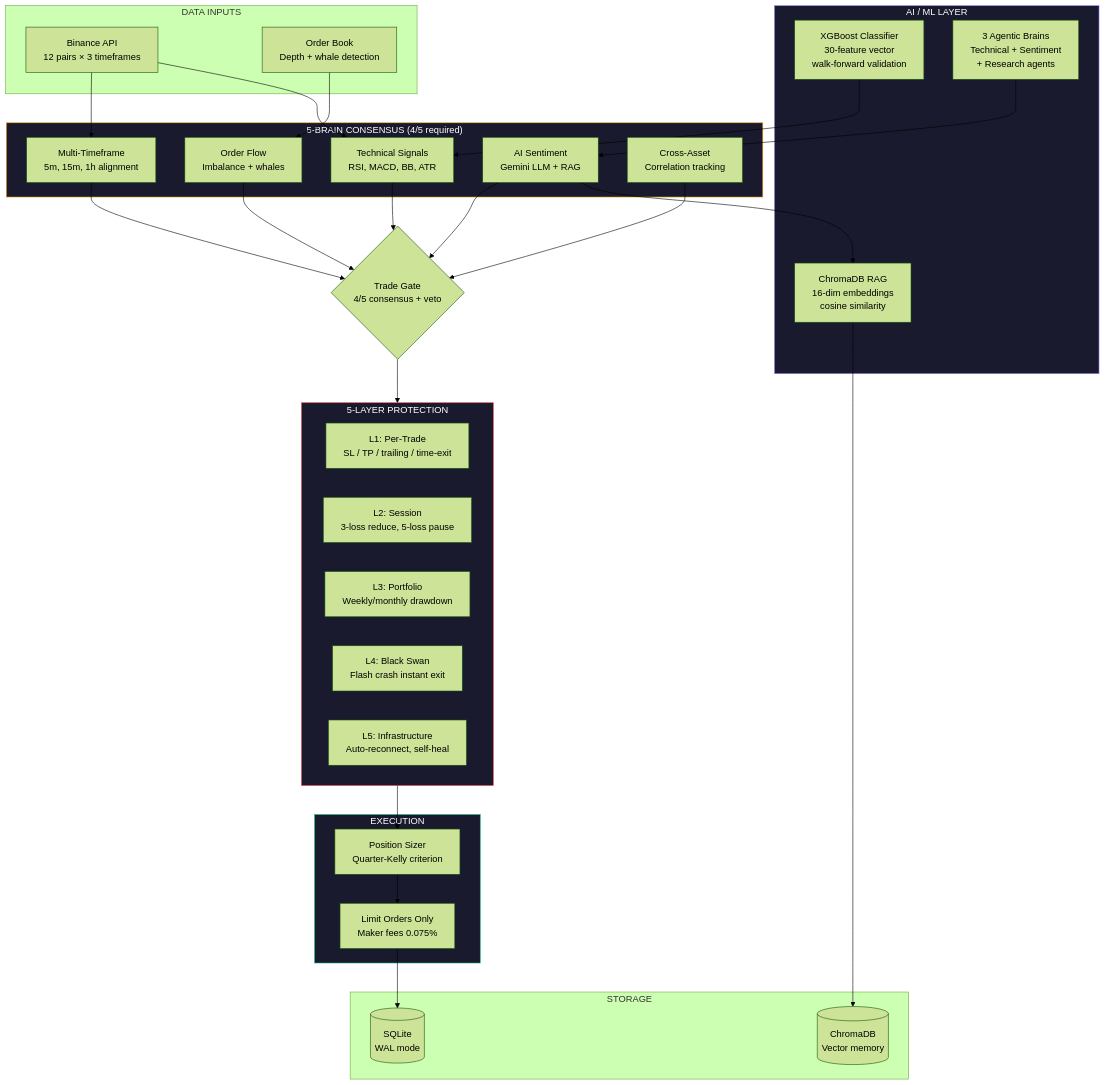
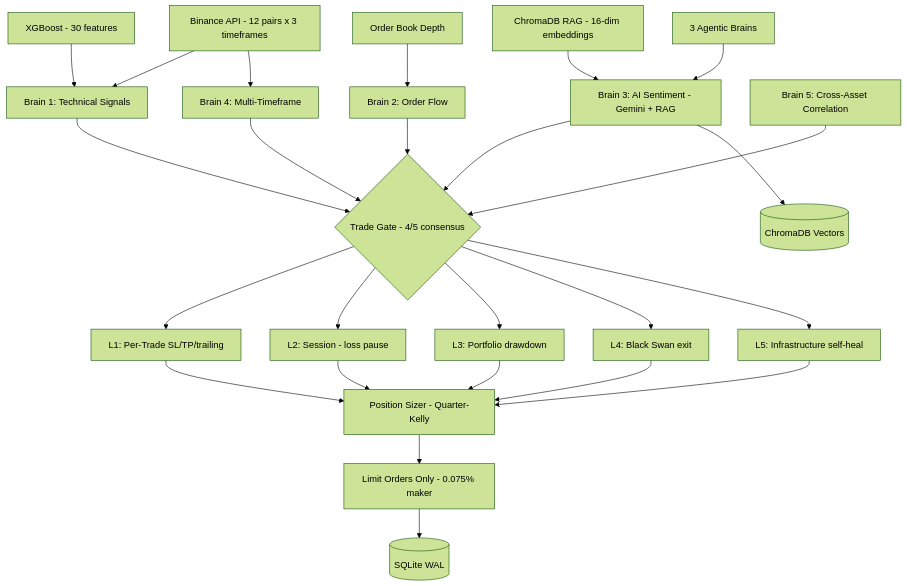
One commit to Leo-emp/AI-trading-bot- changed the diagram in README.md. Above: the diagram before and after it, drawn with Mermaid (forest theme).

Commit message:
docs: simplify Mermaid diagram for GitHub renderer
Remove style directives and parallel connectors that GitHub cannot render.

````diff
--- a/README.md
+++ b/README.md
@@ -11,56 +11,32 @@
 ```mermaid
-graph TB
-    subgraph Clients["DATA INPUTS"]
-        BN[Binance API<br/>12 pairs × 3 timeframes]
-        OB[Order Book<br/>Depth + whale detection]
-    end
+graph TD
+    BN[Binance API - 12 pairs x 3 timeframes] --> B1[Brain 1: Technical Signals]
+    BN --> B4[Brain 4: Multi-Timeframe]
+    OB[Order Book Depth] --> B2[Brain 2: Order Flow]
+    RAG[ChromaDB RAG - 16-dim embeddings] --> B3[Brain 3: AI Sentiment - Gemini + RAG]
+    ML[XGBoost - 30 features] --> B1
+    AG[3 Agentic Brains] --> B3
+    B5[Brain 5: Cross-Asset Correlation]
 
-    subgraph Brains["5-BRAIN CONSENSUS (4/5 required)"]
-        B1[Technical Signals<br/>RSI, MACD, BB, ATR]
-        B2[Order Flow<br/>Imbalance + whales]
-        B3[AI Sentiment<br/>Gemini LLM + RAG]
-        B4[Multi-Timeframe<br/>5m, 15m, 1h alignment]
-        B5[Cross-Asset<br/>Correlation tracking]
-    end
+    B1 --> TG{Trade Gate - 4/5 consensus}
+    B2 --> TG
+    B3 --> TG
+    B4 --> TG
+    B5 --> TG
 
-    subgraph AI["AI / ML LAYER"]
-        RAG[ChromaDB RAG<br/>16-dim embeddings<br/>cosine similarity]
-        ML[XGBoost Classifier<br/>30-feature vector<br/>walk-forward validation]
-        AG[3 Agentic Brains<br/>Technical + Sentiment<br/>+ Research agents]
-    end
+    TG --> L1[L1: Per-Trade SL/TP/trailing]
+    TG --> L2[L2: Session - loss pause]
+    TG --> L3[L3: Portfolio drawdown]
+    TG --> L4[L4: Black Swan exit]
+    TG --> L5[L5: Infrastructure self-heal]
 
-    subgraph Risk["5-LAYER PROTECTION"]
-        L1[L1: Per-Trade<br/>SL / TP / trailing / time-exit]
-        L2[L2: Session<br/>3-loss reduce, 5-loss pause]
-        L3[L3: Portfolio<br/>Weekly/monthly drawdown]
-        L4[L4: Black Swan<br/>Flash crash instant exit]
-        L5[L5: Infrastructure<br/>Auto-reconnect, self-heal]
-    end
+    L1 --> PS[Position Sizer - Quarter-Kelly]
+    L2 --> PS
+    L3 --> PS
+    L4 --> PS
+    L5 --> PS
 
-    subgraph Exec["EXECUTION"]
-        PS[Position Sizer<br/>Quarter-Kelly criterion]
-        LO[Limit Orders Only<br/>Maker fees 0.075%]
-    end
-
-    subgraph Storage["STORAGE"]
-        DB[(SQLite<br/>WAL mode)]
-        VDB[(ChromaDB<br/>Vector memory)]
-    end
-
-    BN --> B1 & B4
-    OB --> B2
-    B3 --> RAG
-    RAG --> VDB
-    ML --> B1
-    AG --> B3
-
-    B1 & B2 & B3 & B4 & B5 --> TG{Trade Gate<br/>4/5 consensus + veto}
-    TG --> Risk
-    Risk --> PS --> LO
-    LO --> DB
-
-    style Brains fill:#1a1a2e,stroke:#F59E0B,color:#fff
-    style AI fill:#1a1a2e,stroke:#A78BFA,color:#fff
-    style Risk fill:#1a1a2e,stroke:#EF4444,color:#fff
-    style Exec fill:#1a1a2e,stroke:#10B981,color:#fff
+    PS --> LO[Limit Orders Only - 0.075% maker]
+    LO --> DB[(SQLite WAL)]
+    B3 --> VDB[(ChromaDB Vectors)]
 ```
````
